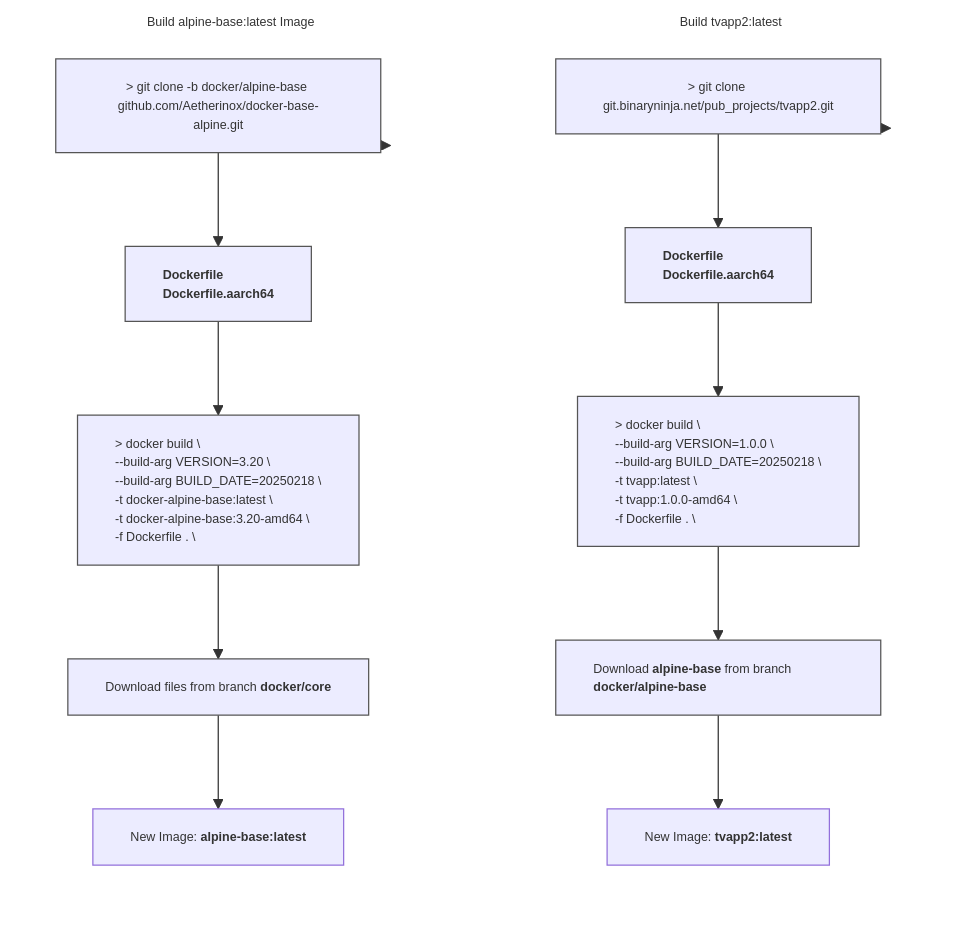
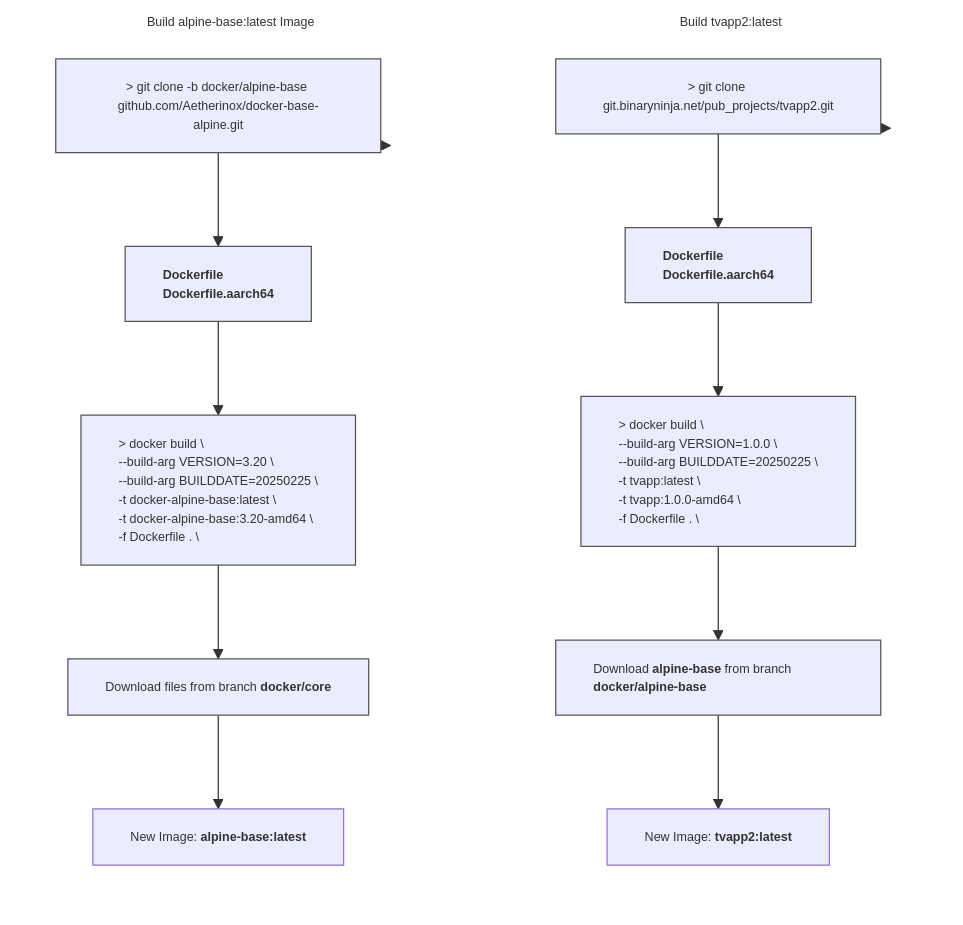
The second of 2 diagrams in README.md (TheBinaryNinja/tvapp2), drawn with Mermaid before and after one commit.

Commit message:
docs(readme): update `BUILD_DATE` to `BUILDDATE`

````diff
--- a/README.md
+++ b/README.md
@@ -125,51 +125,51 @@
 ```mermaid
 %%{init: { 'themeVariables': { 'fontSize': '10px' }}}%%
 flowchart TB
 
 subgraph GRAPH_TVAPP ["Build tvapp2:latest"]
     direction TB
     obj_step10["`&gt; git clone git.binaryninja.net/pub_projects/tvapp2.git`"]
     obj_step11["`**Dockerfile
      Dockerfile.aarch64**`"]
     obj_step12["`&gt; docker build &bsol;
     --build-arg VERSION=1.0.0 &bsol;
-    --build-arg BUILD_DATE=20250218 &bsol;
+    --build-arg BUILDDATE=20250225 &bsol;
     -t tvapp:latest &bsol;
     -t tvapp:1.0.0-amd64 &bsol;
     -f Dockerfile . &bsol;`"]
     obj_step13["`Download **alpine-base** from branch **docker/alpine-base**`"]
     obj_step14["`New Image: **tvapp2:latest**`"]
 
     style obj_step10 text-align:center,stroke-width:1px,stroke:#555
     style obj_step11 text-align:left,stroke-width:1px,stroke:#555
     style obj_step12 text-align:left,stroke-width:1px,stroke:#555
     style obj_step13 text-align:left,stroke-width:1px,stroke:#555
 end
 
 style GRAPH_TVAPP text-align:center,stroke-width:1px,stroke:transparent,fill:transparent
 
 subgraph GRAPH_ALPINE["Build alpine-base:latest Image"]
 direction TB
     obj_step20["`&gt; git clone -b docker/alpine-base github.com/Aetherinox/docker-base-alpine.git`"]
     obj_step21["`**Dockerfile
      Dockerfile.aarch64**`"]
     obj_step22["`&gt; docker build &bsol;
     --build-arg VERSION=3.20 &bsol;
-    --build-arg BUILD_DATE=20250218 &bsol;
+    --build-arg BUILDDATE=20250225 &bsol;
     -t docker-alpine-base:latest &bsol;
     -t docker-alpine-base:3.20-amd64 &bsol;
     -f Dockerfile . &bsol;`"]
     obj_step23["`Download files from branch **docker/core**`"]
     obj_step24["`New Image: **alpine-base:latest**`"]
 
     style obj_step20 text-align:center,stroke-width:1px,stroke:#555
     style obj_step21 text-align:left,stroke-width:1px,stroke:#555
     style obj_step22 text-align:left,stroke-width:1px,stroke:#555
     style obj_step23 text-align:left,stroke-width:1px,stroke:#555
 end
 
 style GRAPH_ALPINE text-align:center,stroke-width:1px,stroke:transparent,fill:transparent
 
 GRAPH_TVAPP --> obj_step10 --> obj_step11 --> obj_step12 --> obj_step13 --> obj_step14
 GRAPH_ALPINE --> obj_step20 --> obj_step21 --> obj_step22 --> obj_step23 --> obj_step24
 ```
````
